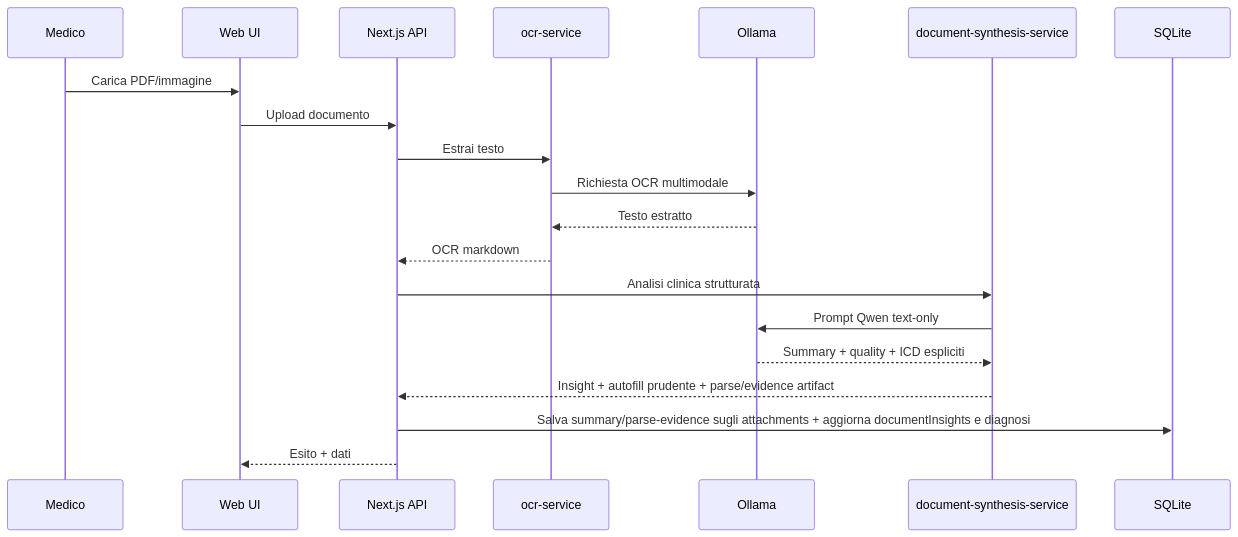
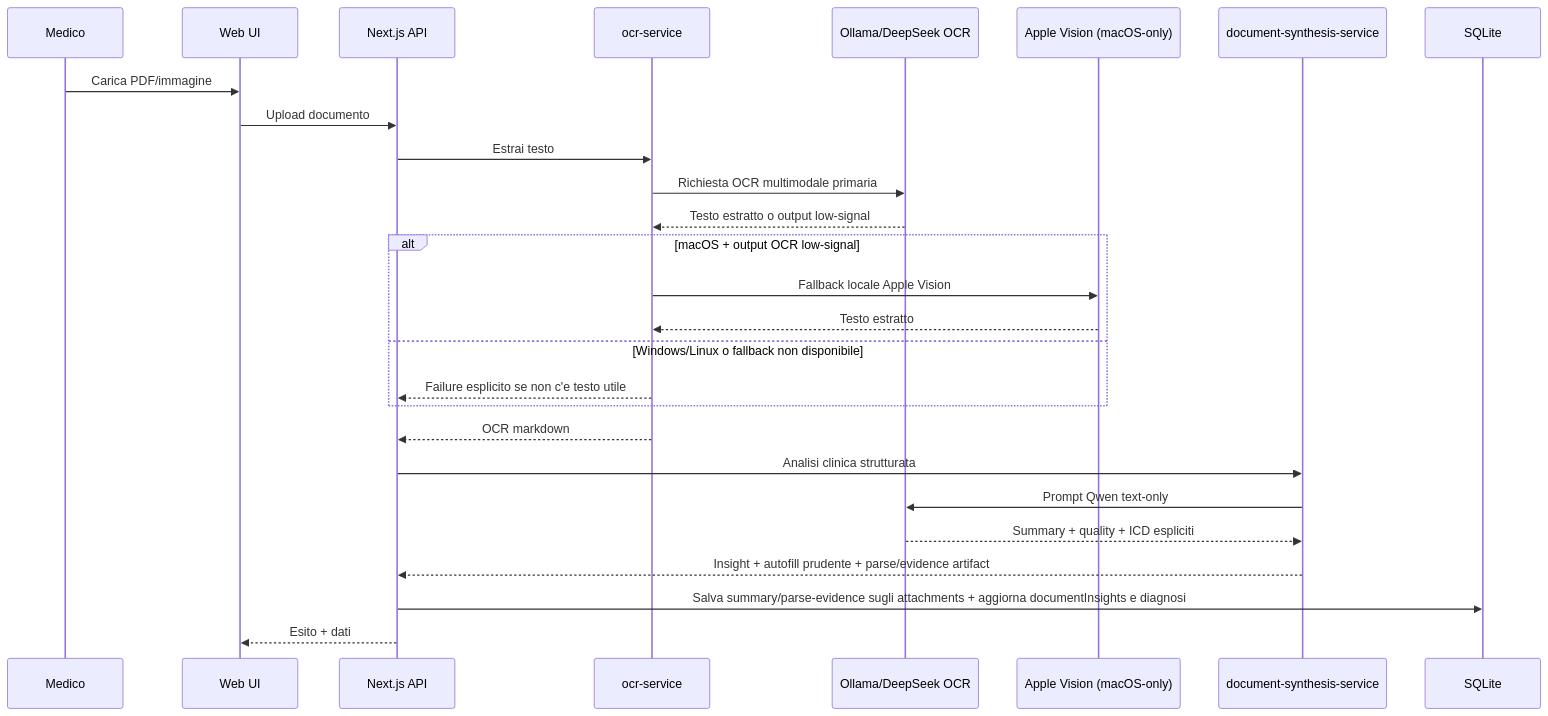
Before and after one commit to Wulfgardr/mediflow: the seventh of 10 diagrams in docs/topologia-dati-flussi.md, drawn with Mermaid. The commit also changed other lines of this file and 437 other files, not shown here.

````diff
--- a/docs/topologia-dati-flussi.md
+++ b/docs/topologia-dati-flussi.md
@@ -271,22 +287,29 @@
 ```mermaid
 sequenceDiagram
     participant Clinician as Medico
     participant UI as Web UI
     participant API as Next.js API
     participant OCR as ocr-service
-    participant LLM as Ollama
+    participant LLM as Ollama/DeepSeek OCR
+    participant Vision as Apple Vision (macOS-only)
     participant Synth as document-synthesis-service
     participant DB as SQLite
     Clinician->>UI: Carica PDF/immagine
     UI->>API: Upload documento
     API->>OCR: Estrai testo
-    OCR->>LLM: Richiesta OCR multimodale
-    LLM-->>OCR: Testo estratto
+    OCR->>LLM: Richiesta OCR multimodale primaria
+    LLM-->>OCR: Testo estratto o output low-signal
+    alt macOS + output OCR low-signal
+        OCR->>Vision: Fallback locale Apple Vision
+        Vision-->>OCR: Testo estratto
+    else Windows/Linux o fallback non disponibile
+        OCR-->>API: Failure esplicito se non c'e testo utile
+    end
     OCR-->>API: OCR markdown
     API->>Synth: Analisi clinica strutturata
     Synth->>LLM: Prompt Qwen text-only
     LLM-->>Synth: Summary + quality + ICD espliciti
     Synth-->>API: Insight + autofill prudente + parse/evidence artifact
     API->>DB: Salva summary/parse-evidence sugli attachments + aggiorna documentInsights e diagnosi
     API-->>UI: Esito + dati
 ```
````
